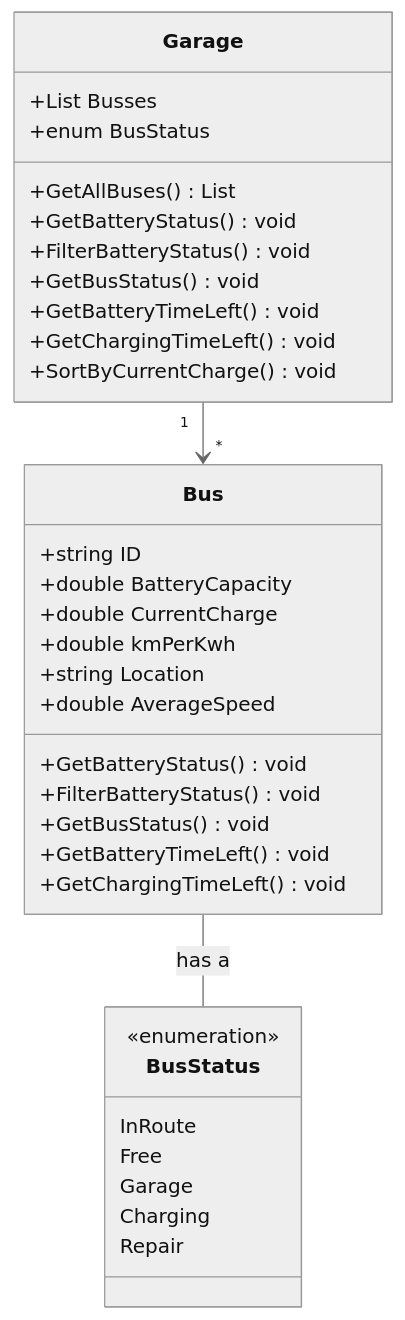
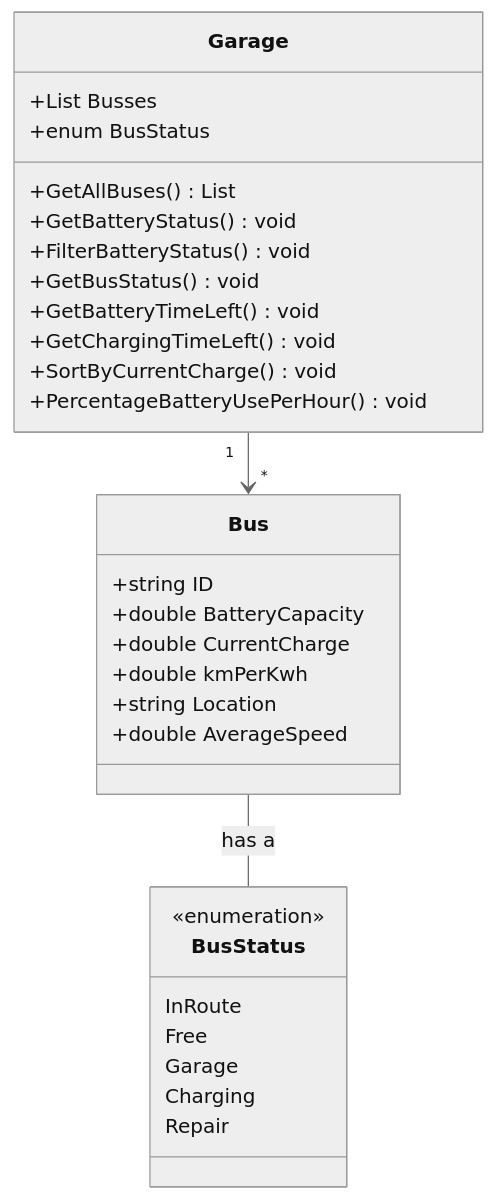
Before and after one commit to Team-14-pa-UCL/Getting-Real2: the diagram in Dokumentation/Iteration 1/Use Case 2/DCD.mmd, drawn with Mermaid (neutral theme). The commit also changed 2 other files, not shown here.

Commit message:
DCD use case 2: fjernet metoderne fra bus klassen, behold i Garage klassen App: Tilføjet properties i Bus-klassen, Tilfæjet metoderne i Garage klassen

```diff
--- a/Dokumentation/Iteration 1/Use Case 2/DCD.mmd
+++ b/Dokumentation/Iteration 1/Use Case 2/DCD.mmd
@@ -1,39 +1,34 @@
 classDiagram
     class Bus {
         +string ID
         +double BatteryCapacity
         +double CurrentCharge
         +double kmPerKwh
         +string Location
         +double AverageSpeed
-        +GetBatteryStatus() void
-        +FilterBatteryStatus() void
-        +GetBusStatus() void
-        +GetBatteryTimeLeft() void
-        +GetChargingTimeLeft() void
-
     }
 
     class Garage {
         +List<Bus> Busses
         +enum BusStatus
         +GetAllBuses() List<Bus>
         +GetBatteryStatus() void
         +FilterBatteryStatus() void
         +GetBusStatus() void
         +GetBatteryTimeLeft() void
         +GetChargingTimeLeft() void
         +SortByCurrentCharge() void
+        +PercentageBatteryUsePerHour() void
     }
 
     class BusStatus{
         <<enumeration>>
         InRoute
         Free
         Garage
         Charging
         Repair
     }
     
     Garage "1" --> "*" Bus
     Bus -- BusStatus : has a
```
